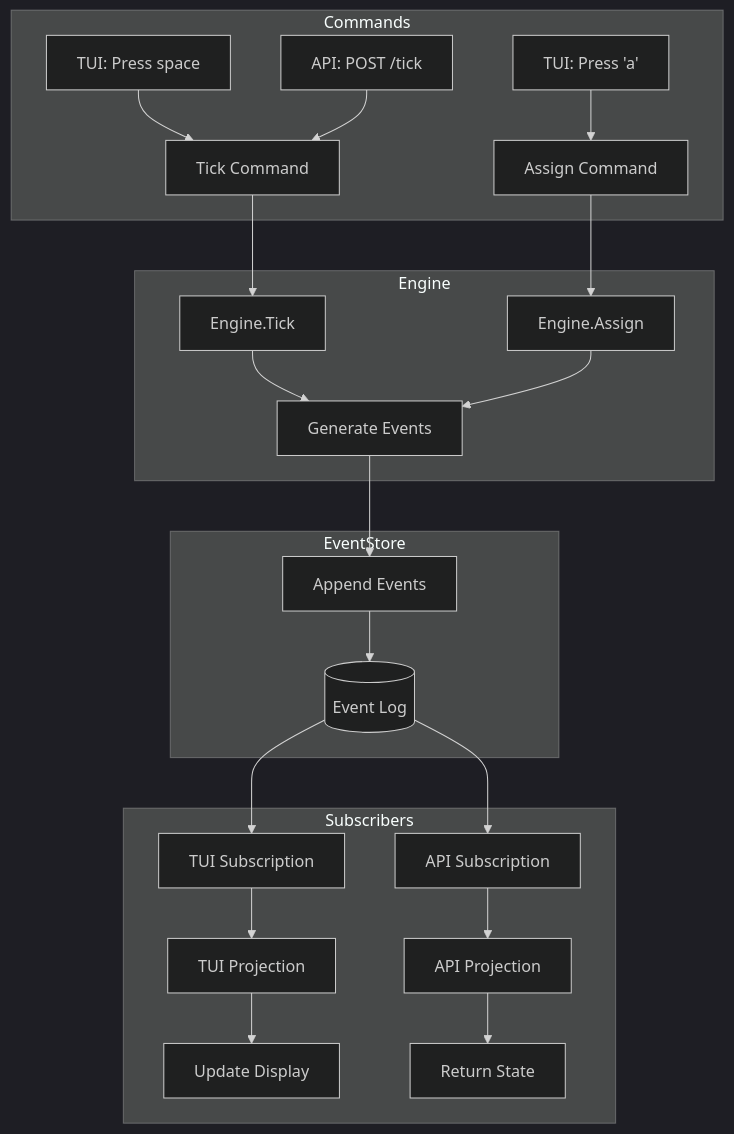
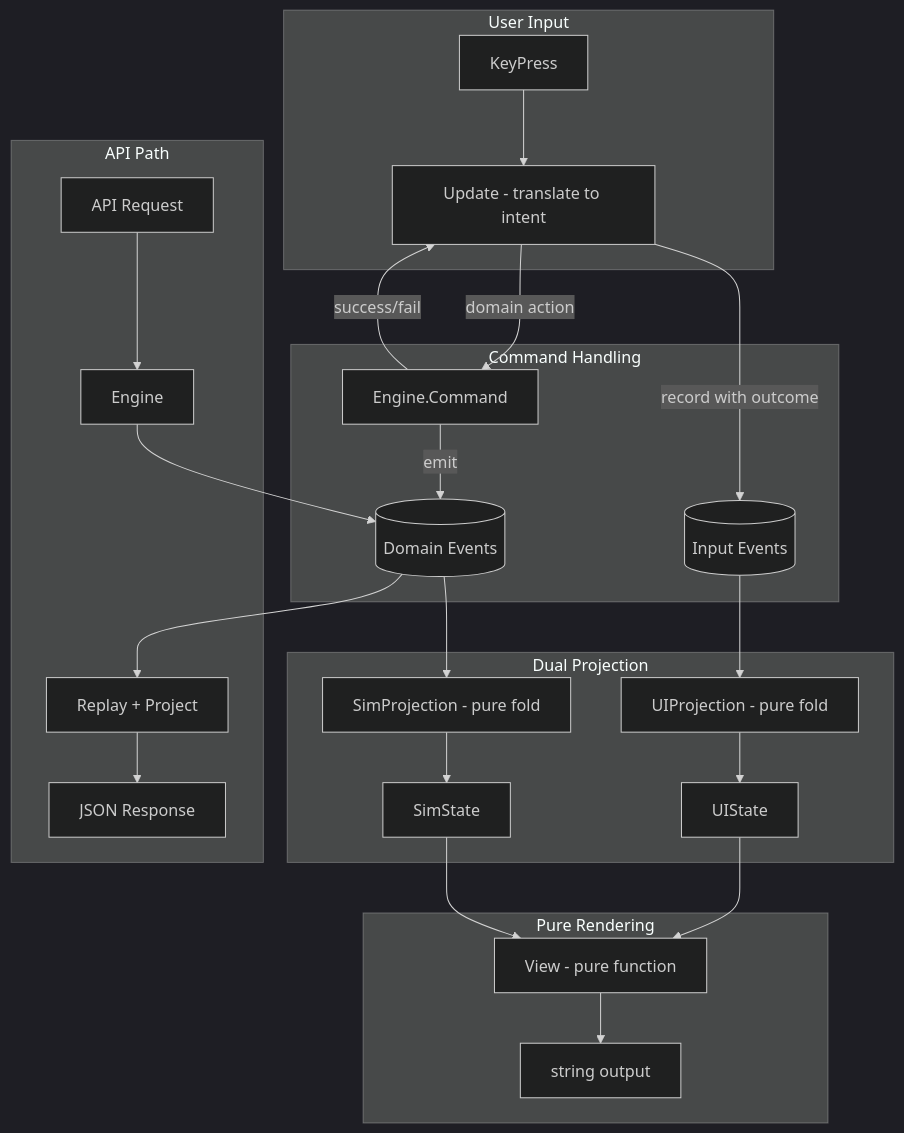
Before and after one commit to binaryphile/sofdevsim-2026: the ninth of 9 diagrams in docs/design.md, drawn with Mermaid (dark theme). The commit also changed other lines of this file and 1 other file, not shown here.

First line of the commit message:
Phase 5: TUI as Event Stream Projection - design documentation

````diff
--- a/docs/design.md
+++ b/docs/design.md
@@ -1205,29 +1337,33 @@
 ```mermaid
 flowchart TD
-    subgraph Commands
-        A[TUI: Press space] --> B[Tick Command]
-        C[API: POST /tick] --> B
-        D[TUI: Press 'a'] --> E[Assign Command]
+    subgraph UserInput["User Input"]
+        KEY[KeyPress] --> UPD[Update - translate to intent]
     end
 
-    subgraph Engine
-        B --> F[Engine.Tick]
-        E --> G[Engine.Assign]
-        F --> H[Generate Events]
-        G --> H
+    subgraph CommandHandling["Command Handling"]
+        UPD -->|domain action| ENG[Engine.Command]
+        ENG -->|success/fail| UPD
+        UPD -->|record with outcome| INP[(Input Events)]
+        ENG -->|emit| DOM[(Domain Events)]
     end
 
-    subgraph EventStore
-        H --> I[Append Events]
-        I --> J[(Event Log)]
+    subgraph Projections["Dual Projection"]
+        INP --> UIP[UIProjection - pure fold]
+        DOM --> SIP[SimProjection - pure fold]
+        UIP --> UIS[UIState]
+        SIP --> SIM[SimState]
     end
 
-    subgraph Subscribers
-        J --> K[TUI Subscription]
-        J --> L[API Subscription]
-        K --> M[TUI Projection]
-        L --> N[API Projection]
-        M --> O[Update Display]
-        N --> P[Return State]
+    subgraph Rendering["Pure Rendering"]
+        UIS --> VIEW[View - pure function]
+        SIM --> VIEW
+        VIEW --> STR[string output]
+    end
+
+    subgraph API["API Path"]
+        API_REQ[API Request] --> API_ENG[Engine]
+        API_ENG --> DOM
+        DOM --> API_PROJ[Replay + Project]
+        API_PROJ --> API_RESP[JSON Response]
     end
 ```
````
